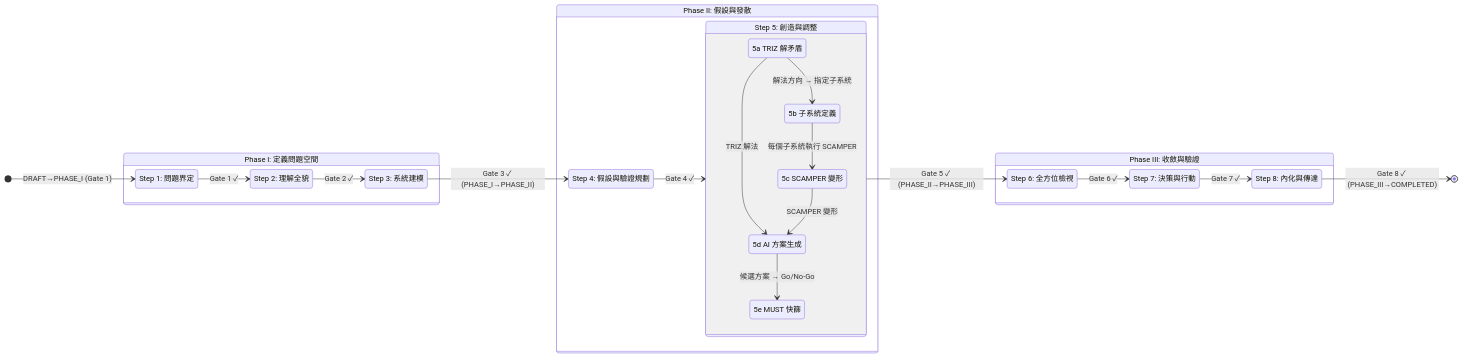
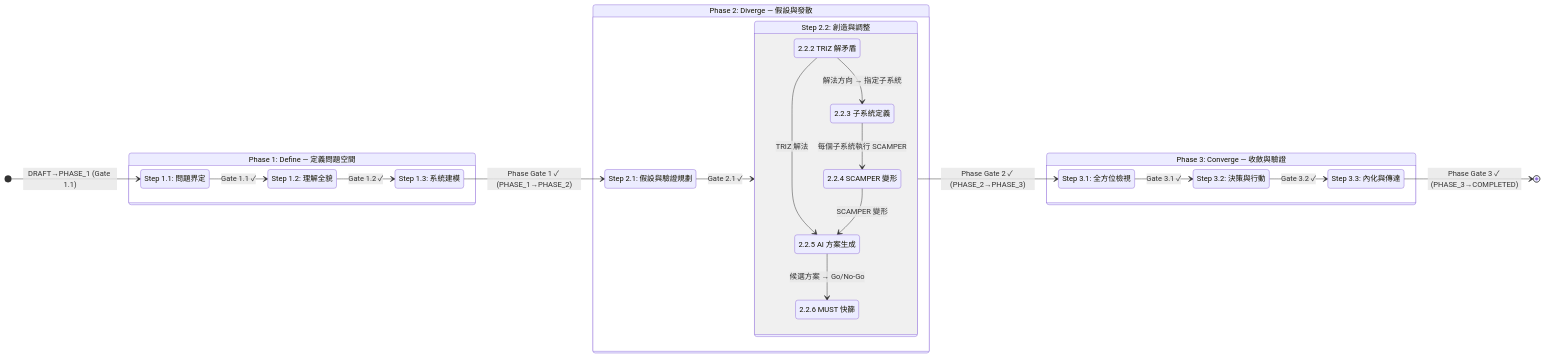
The first of 2 diagrams in docs/raw/RD_Design_Copilot_State_Machine.md (Zenobia000/AutoTRIZ_smart_design), drawn with Mermaid before and after one commit. The commit also changed other lines of this file and 147 other files, not shown here.

````diff
--- a/docs/raw/RD_Design_Copilot_State_Machine.md
+++ b/docs/raw/RD_Design_Copilot_State_Machine.md
@@ -22,46 +22,46 @@
 ```mermaid
 stateDiagram-v2
     direction LR
 
-    state "Phase I: 定義問題空間" as PhaseI {
-        state "Step 1: 問題界定" as S1
-        state "Step 2: 理解全貌" as S2
-        state "Step 3: 系統建模" as S3
+    state "Phase 1: Define — 定義問題空間" as Phase1 {
+        state "Step 1.1: 問題界定" as S1_1
+        state "Step 1.2: 理解全貌" as S1_2
+        state "Step 1.3: 系統建模" as S1_3
 
-        S1 --> S2 : Gate 1 ✓
-        S2 --> S3 : Gate 2 ✓
+        S1_1 --> S1_2 : Gate 1.1 ✓
+        S1_2 --> S1_3 : Gate 1.2 ✓
     }
 
-    state "Phase II: 假設與發散" as PhaseII {
-        state "Step 4: 假設與驗證規劃" as S4
-        state "Step 5: 創造與調整" as S5 {
-            state "5a TRIZ 解矛盾" as S5a
-            state "5b 子系統定義" as S5b
-            state "5c SCAMPER 變形" as S5c
-            state "5d AI 方案生成" as S5d
-            state "5e MUST 快篩" as S5e
+    state "Phase 2: Diverge — 假設與發散" as Phase2 {
+        state "Step 2.1: 假設與驗證規劃" as S2_1
+        state "Step 2.2: 創造與調整" as S2_2 {
+            state "2.2.2 TRIZ 解矛盾" as S2_2_2
+            state "2.2.3 子系統定義" as S2_2_3
+            state "2.2.4 SCAMPER 變形" as S2_2_4
+            state "2.2.5 AI 方案生成" as S2_2_5
+            state "2.2.6 MUST 快篩" as S2_2_6
 
-            S5a --> S5b : 解法方向 → 指定子系統
-            S5b --> S5c : 每個子系統執行 SCAMPER
-            S5a --> S5d : TRIZ 解法
-            S5c --> S5d : SCAMPER 變形
-            S5d --> S5e : 候選方案 → Go/No-Go
+            S2_2_2 --> S2_2_3 : 解法方向 → 指定子系統
+            S2_2_3 --> S2_2_4 : 每個子系統執行 SCAMPER
+            S2_2_2 --> S2_2_5 : TRIZ 解法
+            S2_2_4 --> S2_2_5 : SCAMPER 變形
+            S2_2_5 --> S2_2_6 : 候選方案 → Go/No-Go
         }
 
-        S4 --> S5 : Gate 4 ✓
+        S2_1 --> S2_2 : Gate 2.1 ✓
     }
 
-    state "Phase III: 收斂與驗證" as PhaseIII {
-        state "Step 6: 全方位檢視" as S6
-        state "Step 7: 決策與行動" as S7
-        state "Step 8: 內化與傳達" as S8
+    state "Phase 3: Converge — 收斂與驗證" as Phase3 {
+        state "Step 3.1: 全方位檢視" as S3_1
+        state "Step 3.2: 決策與行動" as S3_2
+        state "Step 3.3: 內化與傳達" as S3_3
 
-        S6 --> S7 : Gate 6 ✓
-        S7 --> S8 : Gate 7 ✓
+        S3_1 --> S3_2 : Gate 3.1 ✓
+        S3_2 --> S3_3 : Gate 3.2 ✓
     }
 
-    [*] --> S1 : DRAFT→PHASE_I (Gate 1)
-    S3 --> S4 : Gate 3 ✓ (PHASE_I→PHASE_II)
-    S5 --> S6 : Gate 5 ✓ (PHASE_II→PHASE_III)
-    S8 --> [*] : Gate 8 ✓ (PHASE_III→COMPLETED)
+    [*] --> S1_1 : DRAFT→PHASE_1 (Gate 1.1)
+    S1_3 --> S2_1 : Phase Gate 1 ✓ (PHASE_1→PHASE_2)
+    S2_2 --> S3_1 : Phase Gate 2 ✓ (PHASE_2→PHASE_3)
+    S3_3 --> [*] : Phase Gate 3 ✓ (PHASE_3→COMPLETED)
 ```
````
